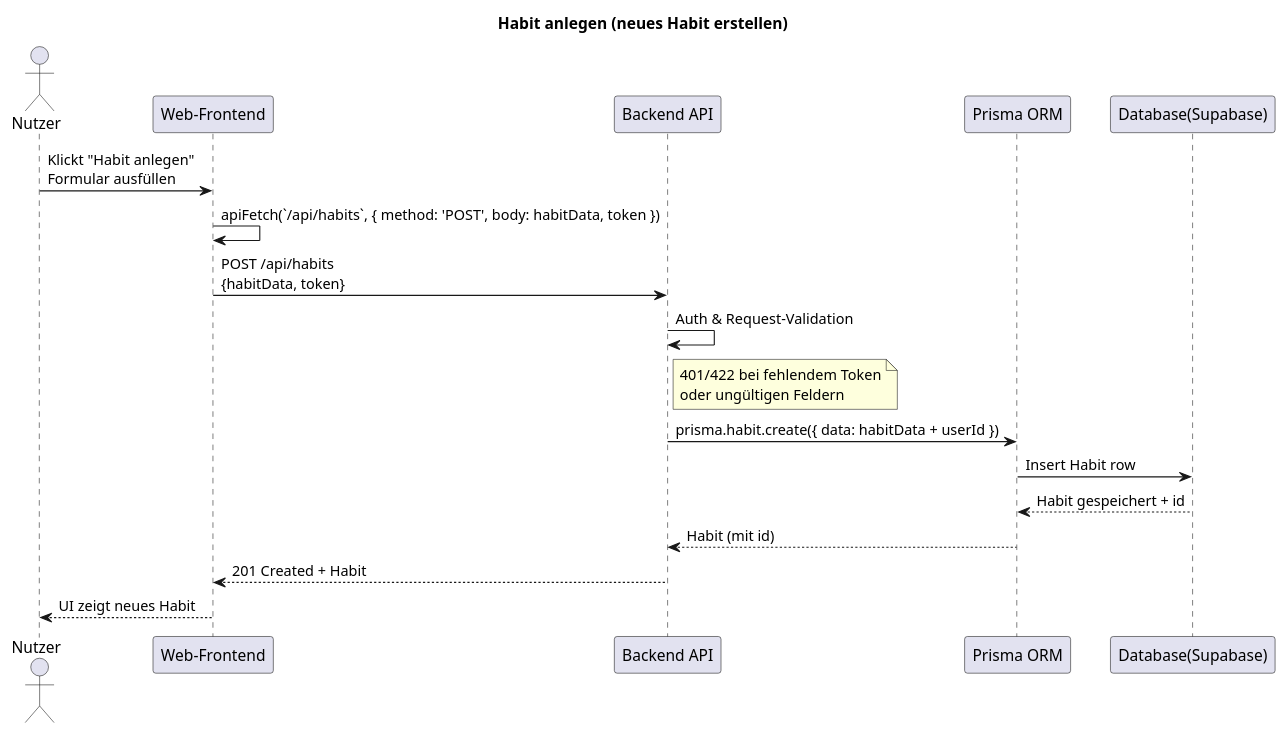
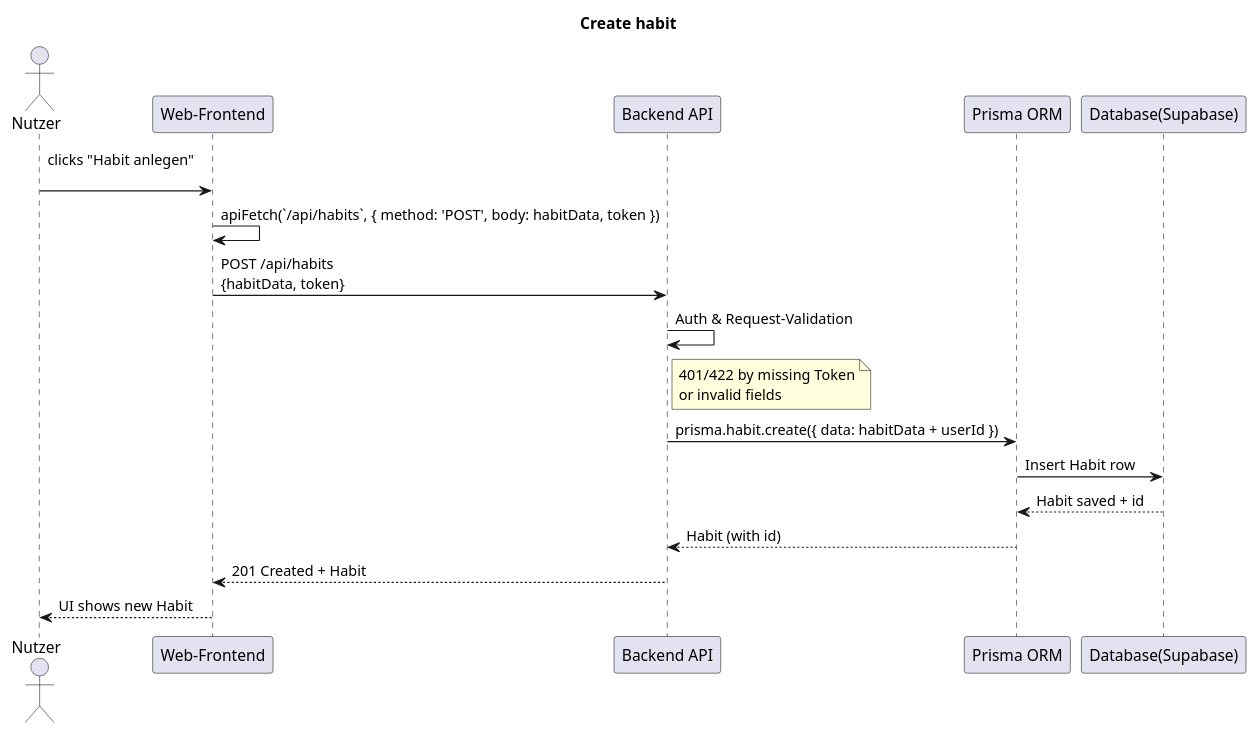
The diagram in docs/architecture/plantuml/sequenz_habit_anlegen.puml (1tristan0/SE-HabitTracker-3.B), drawn with PlantUML before and after one commit. The commit also changed 3 other files, not shown here.

Commit message:
update diagramme

```diff
--- a/docs/architecture/plantuml/sequenz_habit_anlegen.puml
+++ b/docs/architecture/plantuml/sequenz_habit_anlegen.puml
@@ -1,21 +1,21 @@
 @startuml
-title Habit anlegen (neues Habit erstellen)
+title Create habit
 
 actor Nutzer as user
 participant "Web-Frontend" as frontend
 participant "Backend API" as backend
 participant "Prisma ORM" as prisma
 participant "Database(Supabase)" as database
 
-user -> frontend: Klickt "Habit anlegen"\nFormular ausfüllen
+user -> frontend: clicks "Habit anlegen"\n 
 frontend -> frontend: apiFetch(`/api/habits`, { method: 'POST', body: habitData, token })
 frontend -> backend: POST /api/habits\n{habitData, token}
 backend -> backend: Auth & Request-Validation
-note right of backend: 401/422 bei fehlendem Token\noder ungültigen Feldern
+note right of backend: 401/422 by missing Token\nor invalid fields
 backend -> prisma: prisma.habit.create({ data: habitData + userId })
 prisma -> database: Insert Habit row
-database --> prisma: Habit gespeichert + id
-prisma --> backend: Habit (mit id)
+database --> prisma: Habit saved + id
+prisma --> backend: Habit (with id)
 backend --> frontend: 201 Created + Habit
-frontend --> user: UI zeigt neues Habit
+frontend --> user: UI shows new Habit
 @enduml
```
